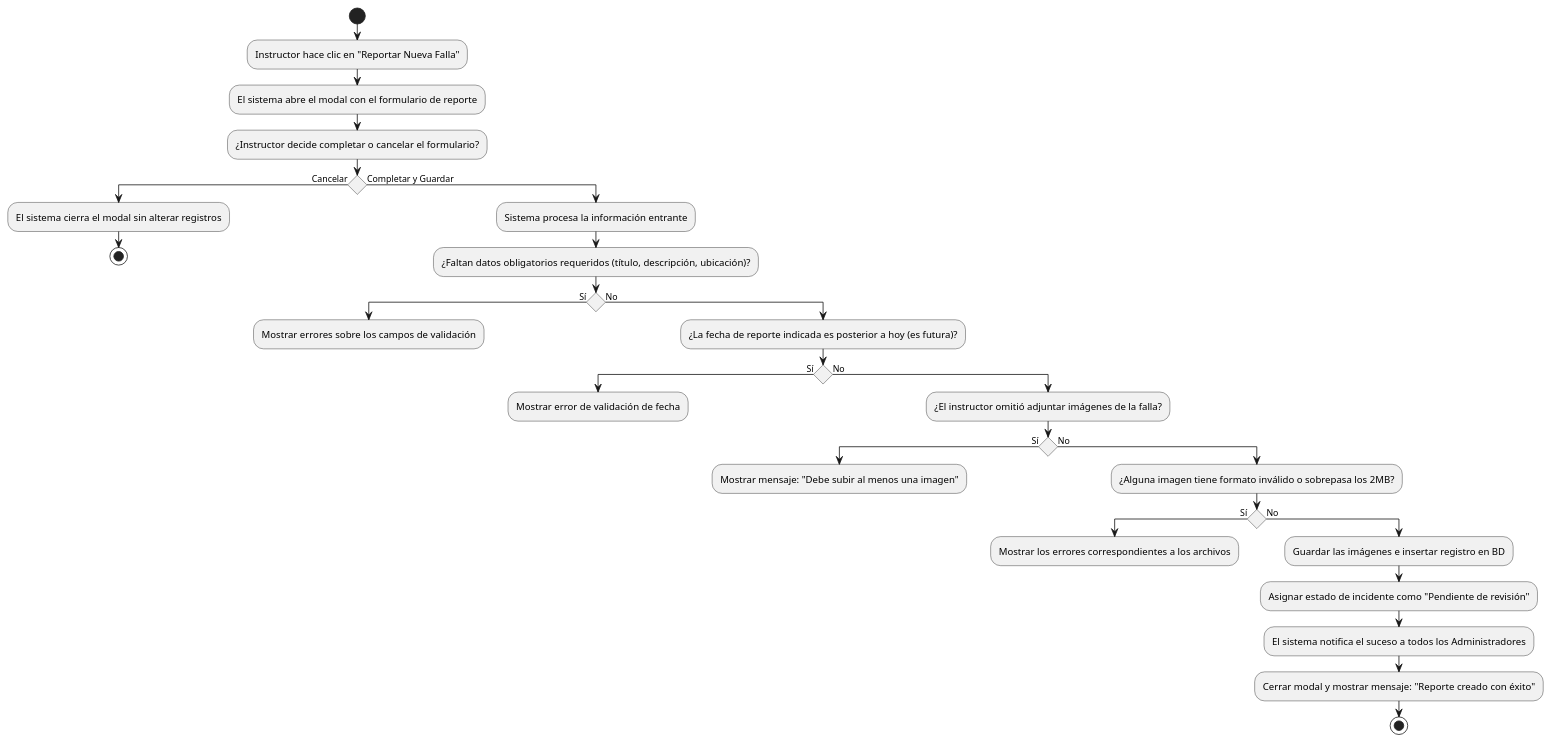
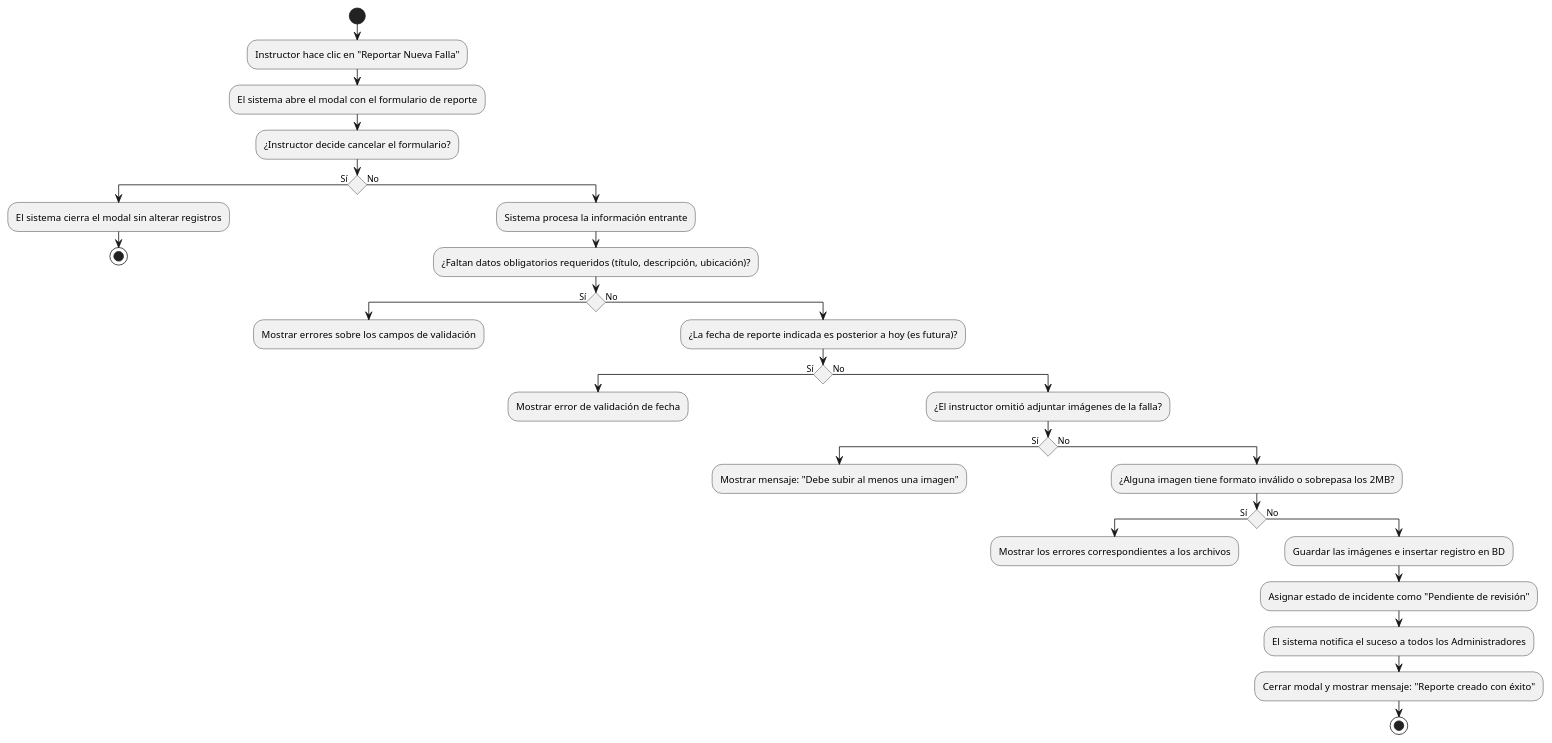
Before and after one commit to MasterErrorCLONE04/SIGERD.1.0: the diagram in document/diagrama_actividades/INS/INS-7.md, drawn with PlantUML. The commit also changed 18 other files, not shown here.

````diff
--- a/document/diagrama_actividades/INS/INS-7.md
+++ b/document/diagrama_actividades/INS/INS-7.md
@@ -23,49 +23,49 @@
 ```plantuml
 @startuml
 skinparam ConditionEndStyle hline
 
 start
 
 :Instructor hace clic en "Reportar Nueva Falla";
 :El sistema abre el modal con el formulario de reporte;
 
-:¿Instructor decide completar o cancelar el formulario?;
-if () then (Cancelar)
+:¿Instructor decide cancelar el formulario?;
+if () then (Sí)
   :El sistema cierra el modal sin alterar registros;
   stop
-else (Completar y Guardar)
+else (No)
   :Sistema procesa la información entrante;
   
   :¿Faltan datos obligatorios requeridos (título, descripción, ubicación)?;
   if () then (Sí)
     :Mostrar errores sobre los campos de validación;
     kill
   else (No)
     :¿La fecha de reporte indicada es posterior a hoy (es futura)?;
     if () then (Sí)
       :Mostrar error de validación de fecha;
       kill
     else (No)
       :¿El instructor omitió adjuntar imágenes de la falla?;
       if () then (Sí)
         :Mostrar mensaje: "Debe subir al menos una imagen";
         kill
       else (No)
         :¿Alguna imagen tiene formato inválido o sobrepasa los 2MB?;
         if () then (Sí)
           :Mostrar los errores correspondientes a los archivos;
           kill
         else (No)
           :Guardar las imágenes e insertar registro en BD;
           :Asignar estado de incidente como "Pendiente de revisión";
           :El sistema notifica el suceso a todos los Administradores;
           :Cerrar modal y mostrar mensaje: "Reporte creado con éxito";
           stop
         endif
       endif
     endif
   endif
 endif
 
 @enduml
 ```
````
